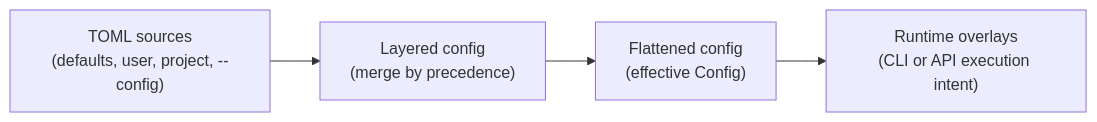
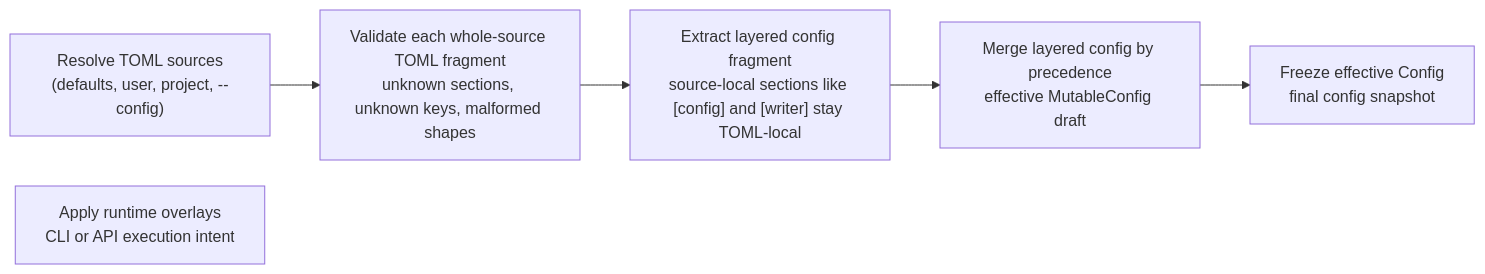
Before and after one commit to shutterfreak/topmark: the diagram in docs/configuration/index.md, drawn with Mermaid. The commit also changed other lines of this file and 18 other files, not shown here.

First line of the commit message:
docs: align TOML/config architecture, CLI docs, and roadmap with schema validation model

````diff
--- a/docs/configuration/index.md
+++ b/docs/configuration/index.md
@@ -38,6 +42,11 @@
 ```mermaid
 flowchart LR
-    A["TOML sources<br/>(defaults, user, project, --config)"] --> B["Layered config<br/>(merge by precedence)"]
-    B --> C["Flattened config<br/>(effective Config)"]
-    C --> D["Runtime overlays<br/>(CLI or API execution intent)"]
+    A["Resolve TOML sources<br/>(defaults, user, project, --config)"]
+    B["Validate each whole-source TOML fragment<br/>unknown sections, unknown keys, malformed shapes"]
+    C["Extract layered config fragment<br/>source-local sections like [config] and [writer] stay TOML-local"]
+    D["Merge layered config by precedence<br/>effective MutableConfig draft"]
+    E["Freeze effective Config<br/>final config snapshot"]
+    F["Apply runtime overlays<br/>CLI or API execution intent"]
+
+    A --> B --> C --> D --> E
 ```
````
